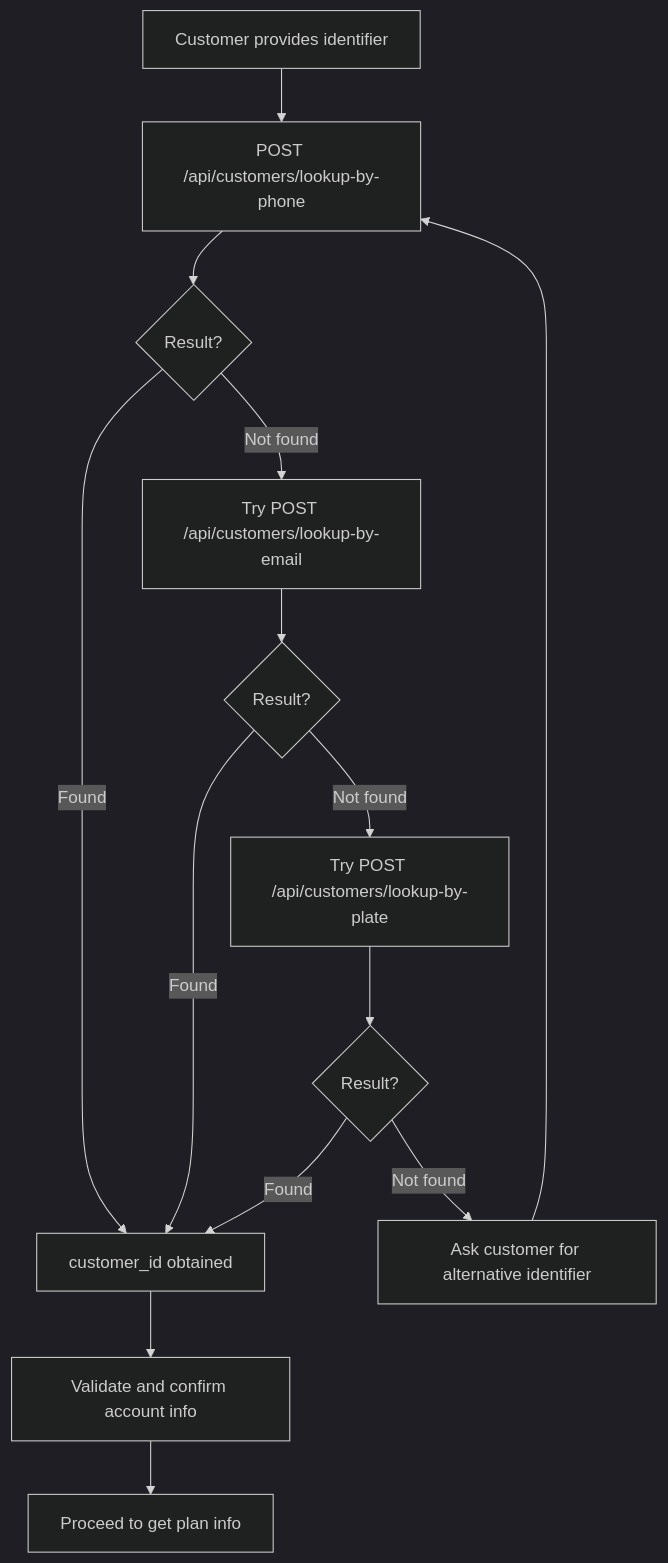
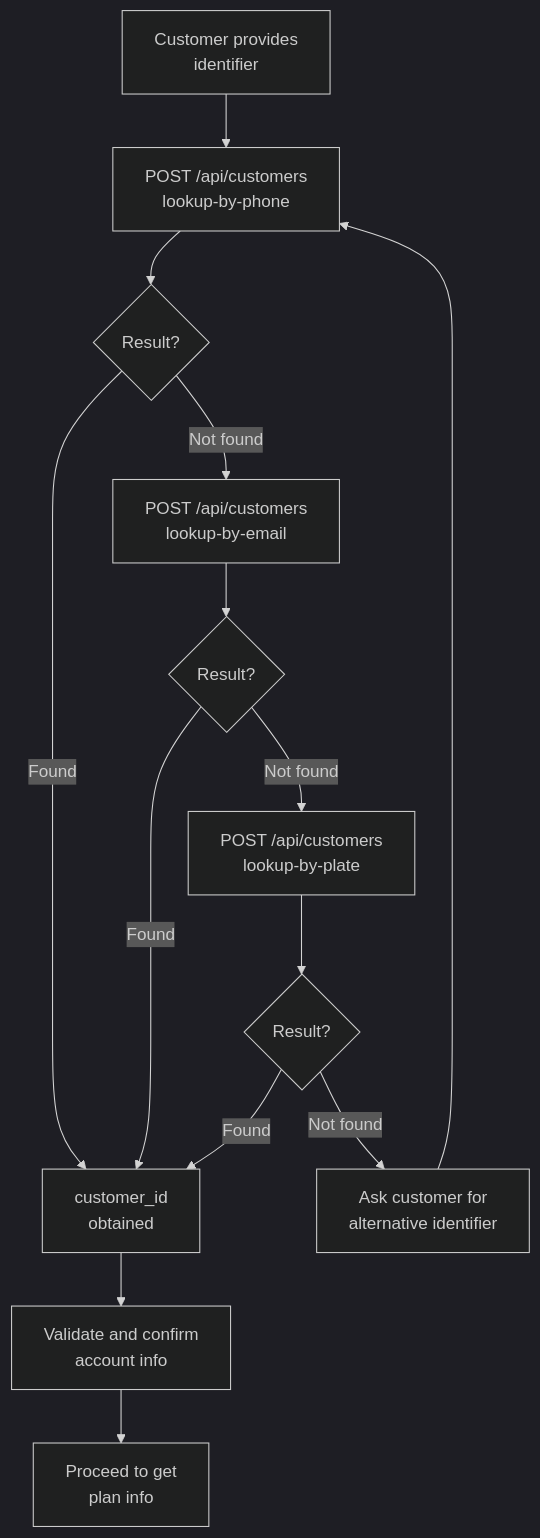
The second of 11 diagrams in Jax-Kar-Wash-API-Integration–Discussion-Document.md (HelloWash/Public), drawn with Mermaid (dark theme) before and after one commit. The commit also changed other lines of this file, not shown here.

Commit message:
Update API integration discussion document

````diff
--- a/Jax-Kar-Wash-API-Integration–Discussion-Document.md
+++ b/Jax-Kar-Wash-API-Integration–Discussion-Document.md
@@ -99,16 +99,16 @@
 ```mermaid
 flowchart TD
-    Start[Customer provides identifier] --> TryPhone[POST /api/customers/lookup-by-phone]
+    Start["Customer provides<br/>identifier"] --> TryPhone["POST /api/customers<br/>lookup-by-phone"]
     TryPhone --> Result1{Result?}
-    Result1 -->|Found| Success[customer_id obtained]
-    Result1 -->|Not found| TryEmail[Try POST /api/customers/lookup-by-email]
+    Result1 -->|Found| Success["customer_id<br/>obtained"]
+    Result1 -->|Not found| TryEmail["POST /api/customers<br/>lookup-by-email"]
     TryEmail --> Result2{Result?}
     Result2 -->|Found| Success
-    Result2 -->|Not found| TryPlate[Try POST /api/customers/lookup-by-plate]
+    Result2 -->|Not found| TryPlate["POST /api/customers<br/>lookup-by-plate"]
     TryPlate --> Result3{Result?}
     Result3 -->|Found| Success
-    Result3 -->|Not found| AskAlternative[Ask customer for alternative identifier]
-    AskAlternative --> TryPhone
-    Success --> Validate[Validate and confirm account info]
-    Validate --> Next[Proceed to get plan info]
+    Result3 -->|Not found| AskAlt["Ask customer for<br/>alternative identifier"]
+    AskAlt --> TryPhone
+    Success --> Validate["Validate and confirm<br/>account info"]
+    Validate --> Next["Proceed to get<br/>plan info"]
 ```
````
